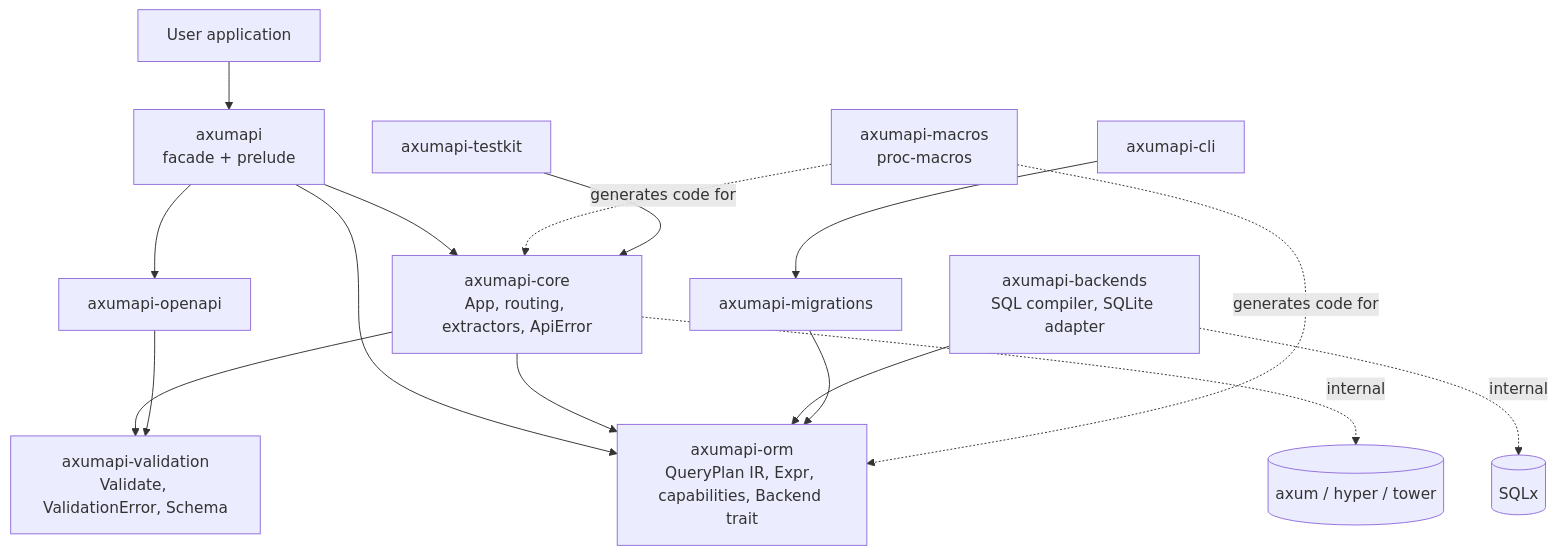
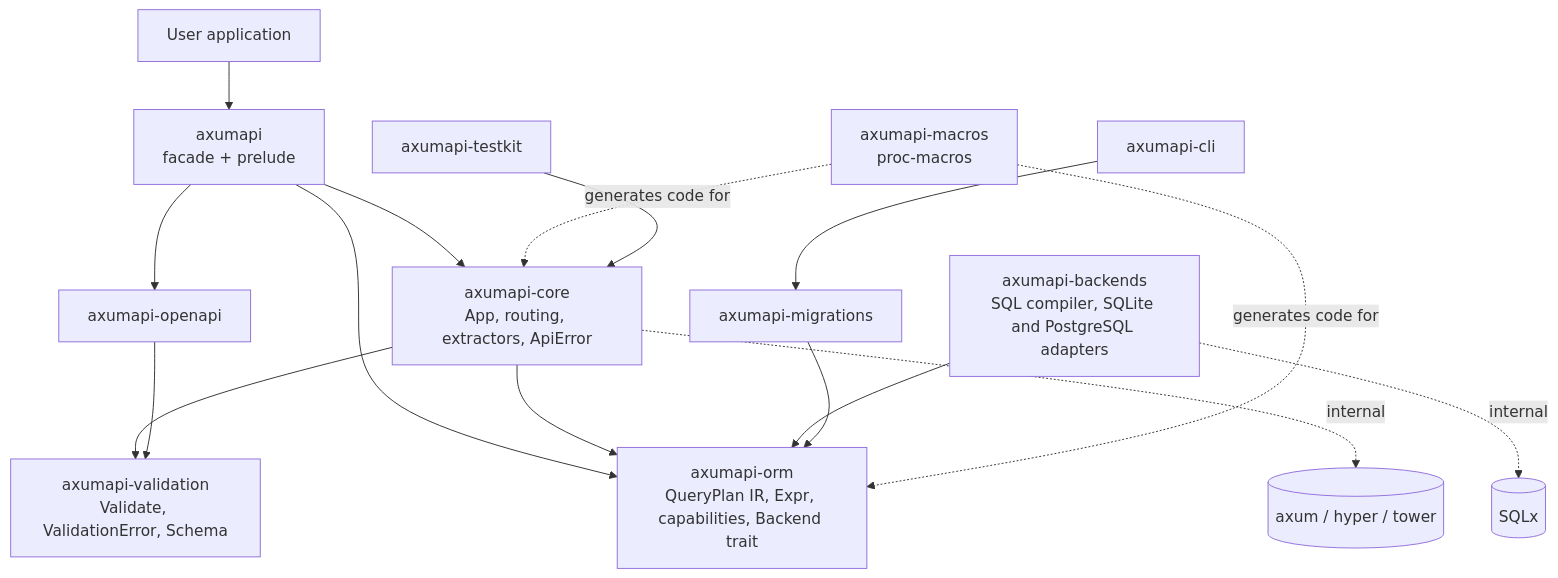
The first of 2 diagrams in docs/ARCHITECTURE.md (jraavis/axumapi), drawn with Mermaid before and after one commit. The commit also changed other lines of this file and 17 other files, not shown here.

````diff
--- a/docs/ARCHITECTURE.md
+++ b/docs/ARCHITECTURE.md
@@ -9,18 +9,18 @@
 ```mermaid
 flowchart TD
     user[User application] --> facade[axumapi<br/>facade + prelude]
     facade --> core[axumapi-core<br/>App, routing, extractors, ApiError]
     facade --> openapi[axumapi-openapi]
     facade --> orm
     core --> validation[axumapi-validation<br/>Validate, ValidationError, Schema]
     core --> orm[axumapi-orm<br/>QueryPlan IR, Expr, capabilities, Backend trait]
     core -. internal .-> axum[(axum / hyper / tower)]
     openapi --> validation
-    backends[axumapi-backends<br/>SQL compiler, SQLite adapter] --> orm
+    backends[axumapi-backends<br/>SQL compiler, SQLite and PostgreSQL adapters] --> orm
     backends -. internal .-> sqlx[(SQLx)]
     migrations[axumapi-migrations] --> orm
     macros[axumapi-macros<br/>proc-macros] -. generates code for .-> core
     macros -. generates code for .-> orm
     cli[axumapi-cli] --> migrations
     testkit[axumapi-testkit] --> core
 ```
````
